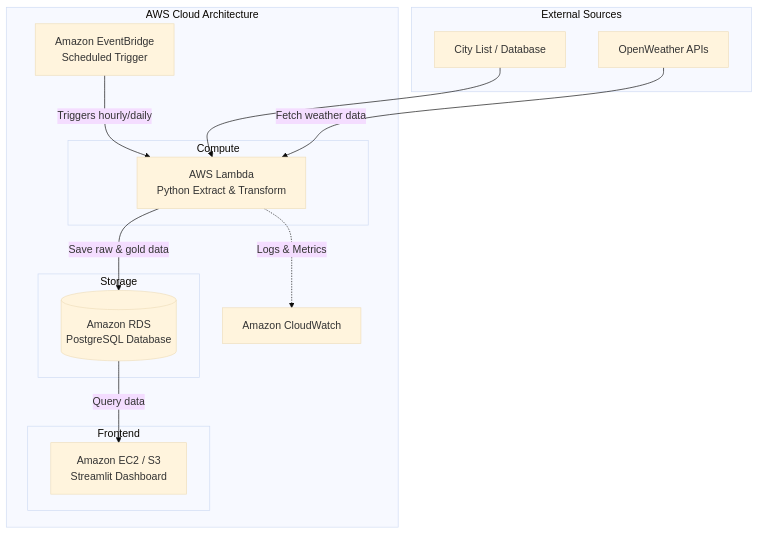
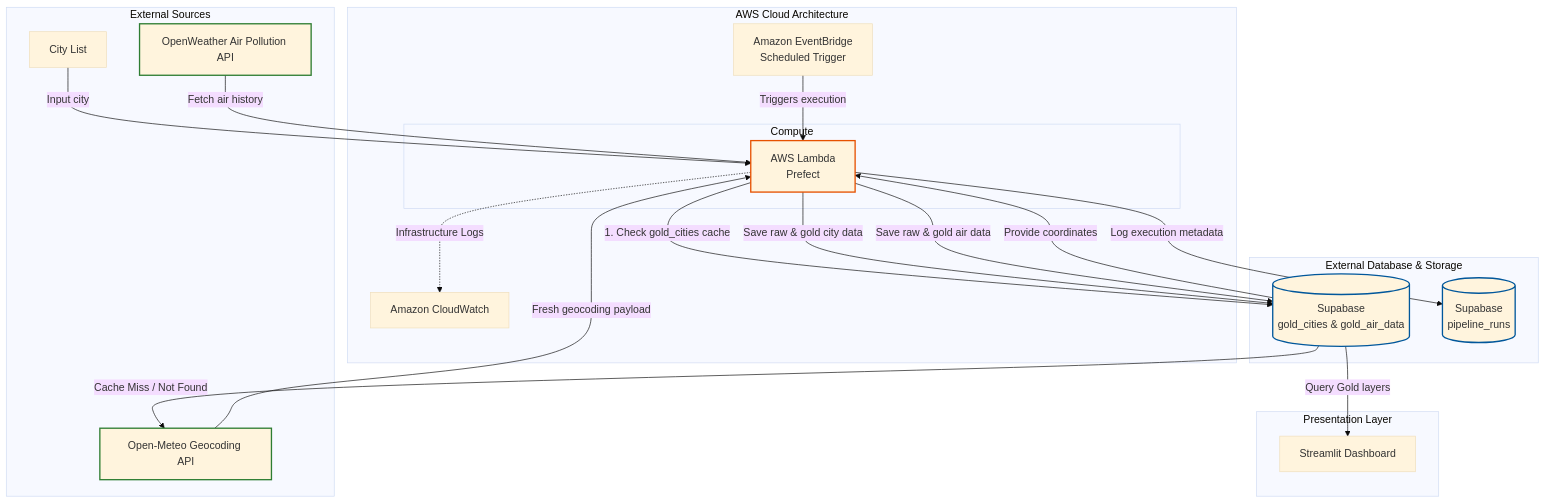
The second of 2 diagrams in docs/refined_architecture_diagram.md (Code-the-Dream-School/fall-practicum-py-team4), drawn with Mermaid (base theme) before and after one commit. The commit also changed other lines of this file, not shown here.

Commit message:
T4AIR-9: Updated architecture diagrams for sprint 2

````diff
--- a/docs/refined_architecture_diagram.md
+++ b/docs/refined_architecture_diagram.md
@@ -68,39 +77,59 @@
 ```mermaid
 graph TD
+    classDef table stroke:#01579b,stroke-width:2px;
+    classDef api stroke:#2e7d32,stroke-width:2px;
+    classDef process stroke:#e65100,stroke-width:2px;
+
     %% Sources
     subgraph Sources [External Sources]
-        A1[City List / Database]
-        A2[OpenWeather APIs]
+        A1[City List]
+        A2[Open-Meteo Geocoding API]:::api
+        A3[OpenWeather Air Pollution API]:::api
     end
 
     %% AWS Cloud Environment
     subgraph AWS_Cloud [AWS Cloud Architecture]
         
-        %% Scheduling & Monitoring
-        EB[Amazon EventBridge <br/> Scheduled Trigger] -->|Triggers hourly/daily| L1
+        %% Scheduling & Trigger
+        EB[Amazon EventBridge <br/> Scheduled Trigger] -->|Triggers execution| L1
         
         %% Compute (Extract & Transform)
         subgraph Compute
-            L1[AWS Lambda <br/> Python Extract & Transform]
-        end
-        
-        %% Storage
-        subgraph Storage
-            RDS[(Amazon RDS <br/> PostgreSQL Database)]
-        end
-        
-        %% Consumption
-        subgraph Frontend
-            FE[Amazon EC2 / S3 <br/> Streamlit Dashboard]
+            L1[AWS Lambda <br/> Prefect]:::process
         end
         
         %% Monitoring
-        L1 -.->|Logs & Metrics| CW[Amazon CloudWatch]
+        L1 -.->|Infrastructure Logs| CW[Amazon CloudWatch]
+    end
+
+    %% External Database (Supabase)
+    subgraph Supabase_Cloud [External Database & Storage]
+        RDS[(Supabase <br/> gold_cities & gold_air_data)]:::table
+        PR[(Supabase <br/> pipeline_runs)]:::table
+    end
+
+    %% Consumption
+    subgraph Frontend [Presentation Layer]
+        FE[Streamlit Dashboard]
     end
 
     %% Data Flows
-    A1 --> L1
-    A2 -->|Fetch weather data| L1
-    L1 -->|Save raw & gold data| RDS
-    RDS -->|Query data| FE
+    A1 -->|Input city| L1
+    
+    %% Pipeline Run Logging Flow
+    L1 -->|Log execution metadata| PR
+    
+    %% Cache Check Flow
+    L1 -->|1. Check gold_cities cache| RDS
+    RDS -->|Cache Miss / Not Found| A2
+    A2 -->|Fresh geocoding payload| L1
+    L1 -->|Save raw & gold city data| RDS
+    
+    %% Air Pollution Ingestion Flow (Uses coordinates from cache or fresh fetch)
+    RDS -->|Provide coordinates| L1
+    A3 -->|Fetch air history| L1
+    L1 -->|Save raw & gold air data| RDS
+    
+    %% Dashboard Consumption
+    RDS -->|Query Gold layers| FE
 ```
````
